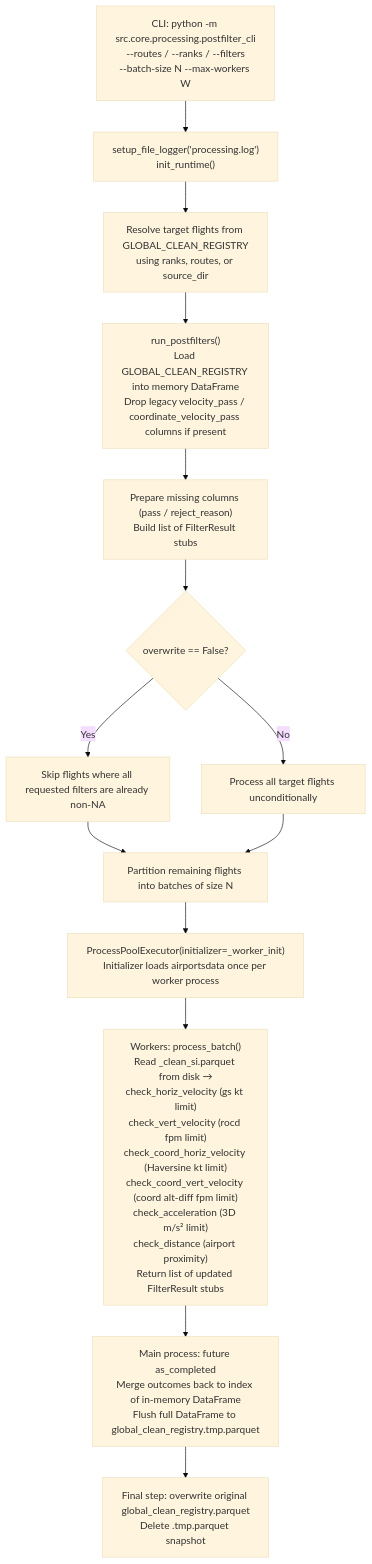
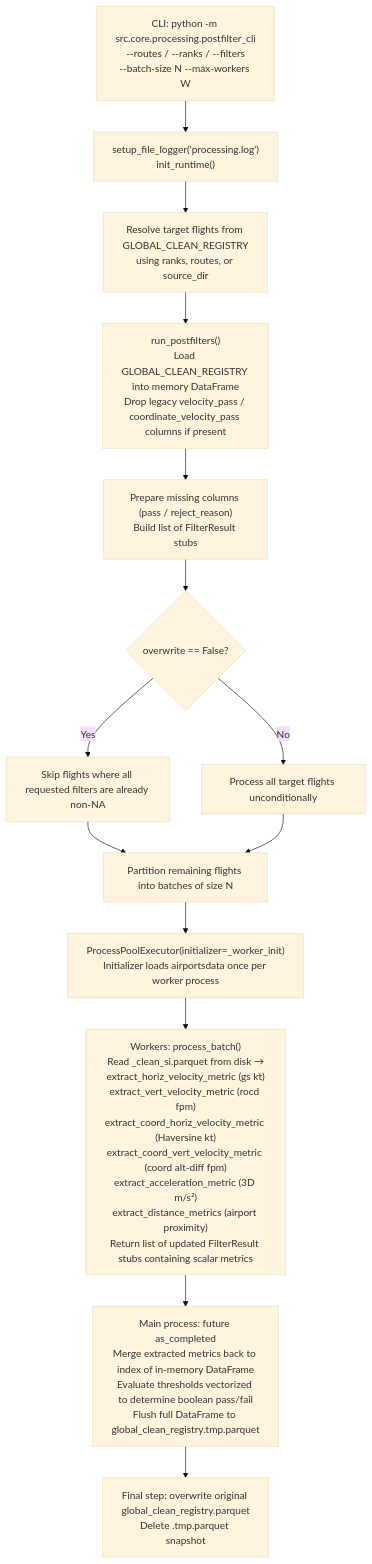
The second of 3 diagrams in src/core/processing/README.md (Bauzement123/flight-physics-pipeline), drawn with Mermaid (base theme) before and after one commit. The commit also changed other lines of this file and 9 other files, not shown here.

First line of the commit message:
refactor: extract metrics in velocity filters and implement clean quality registry

````diff
--- a/src/core/processing/README.md
+++ b/src/core/processing/README.md
@@ -255,16 +255,16 @@
 ```mermaid
 flowchart TD
     A["CLI: python -m src.core.processing.postfilter_cli\n--routes / --ranks / --filters\n--batch-size N --max-workers W"] --> B["setup_file_logger('processing.log')\ninit_runtime()"]
     B --> C["Resolve target flights from GLOBAL_CLEAN_REGISTRY\nusing ranks, routes, or source_dir"]
     C --> D["run_postfilters()\nLoad GLOBAL_CLEAN_REGISTRY into memory DataFrame\nDrop legacy velocity_pass / coordinate_velocity_pass columns if present"]
     D --> E["Prepare missing columns (pass / reject_reason)\nBuild list of FilterResult stubs"]
     E --> F{"overwrite == False?"}
     F -->|Yes| G["Skip flights where all requested filters are already non-NA"]
     F -->|No| H["Process all target flights unconditionally"]
     G --> I["Partition remaining flights into batches of size N"]
     H --> I
     I --> J["ProcessPoolExecutor(initializer=_worker_init)\nInitializer loads airportsdata once per worker process"]
-    J --> K["Workers: process_batch()\nRead _clean_si.parquet from disk →\ncheck_horiz_velocity (gs kt limit)\ncheck_vert_velocity (rocd fpm limit)\ncheck_coord_horiz_velocity (Haversine kt limit)\ncheck_coord_vert_velocity (coord alt-diff fpm limit)\ncheck_acceleration (3D m/s² limit)\ncheck_distance (airport proximity)\nReturn list of updated FilterResult stubs"]
-    K --> L["Main process: future as_completed\nMerge outcomes back to index of in-memory DataFrame\nFlush full DataFrame to global_clean_registry.tmp.parquet"]
+    J --> K["Workers: process_batch()\nRead _clean_si.parquet from disk →\nextract_horiz_velocity_metric (gs kt)\nextract_vert_velocity_metric (rocd fpm)\nextract_coord_horiz_velocity_metric (Haversine kt)\nextract_coord_vert_velocity_metric (coord alt-diff fpm)\nextract_acceleration_metric (3D m/s²)\nextract_distance_metrics (airport proximity)\nReturn list of updated FilterResult stubs containing scalar metrics"]
+    K --> L["Main process: future as_completed\nMerge extracted metrics back to index of in-memory DataFrame\nEvaluate thresholds vectorized to determine boolean pass/fail\nFlush full DataFrame to global_clean_registry.tmp.parquet"]
     L --> M["Final step: overwrite original global_clean_registry.parquet\nDelete .tmp.parquet snapshot"]
 ```
````
